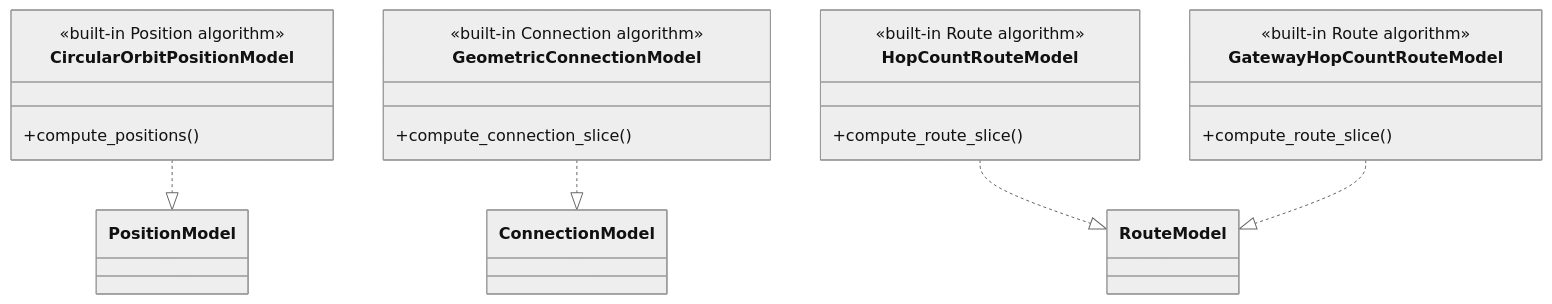
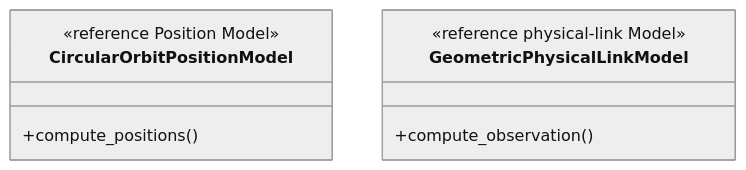
The second of 2 diagrams in skyseed_v2/src/skyseed_v2/simulator/models/README.md (seed-labs/skyseed), drawn with Mermaid (neutral theme) before and after one commit. The commit also changed other lines of this file and 256 other files, not shown here.

Commit message:
refactor: complete network planner architecture cutover

````diff
--- a/skyseed_v2/src/skyseed_v2/simulator/models/README.md
+++ b/skyseed_v2/src/skyseed_v2/simulator/models/README.md
@@ -35,27 +55,11 @@
 ```mermaid
 classDiagram
-    class PositionModel
-    class ConnectionModel
-    class RouteModel
     class CircularOrbitPositionModel {
-        <<built-in Position algorithm>>
+        <<reference Position Model>>
         +compute_positions()
     }
-    class GeometricConnectionModel {
-        <<built-in Connection algorithm>>
-        +compute_connection_slice()
+    class GeometricPhysicalLinkModel {
+        <<reference physical-link Model>>
+        +compute_observation()
     }
-    class HopCountRouteModel {
-        <<built-in Route algorithm>>
-        +compute_route_slice()
-    }
-    class GatewayHopCountRouteModel {
-        <<built-in Route algorithm>>
-        +compute_route_slice()
-    }
-
-    CircularOrbitPositionModel ..|> PositionModel
-    GeometricConnectionModel ..|> ConnectionModel
-    HopCountRouteModel ..|> RouteModel
-    GatewayHopCountRouteModel ..|> RouteModel
 ```
````
